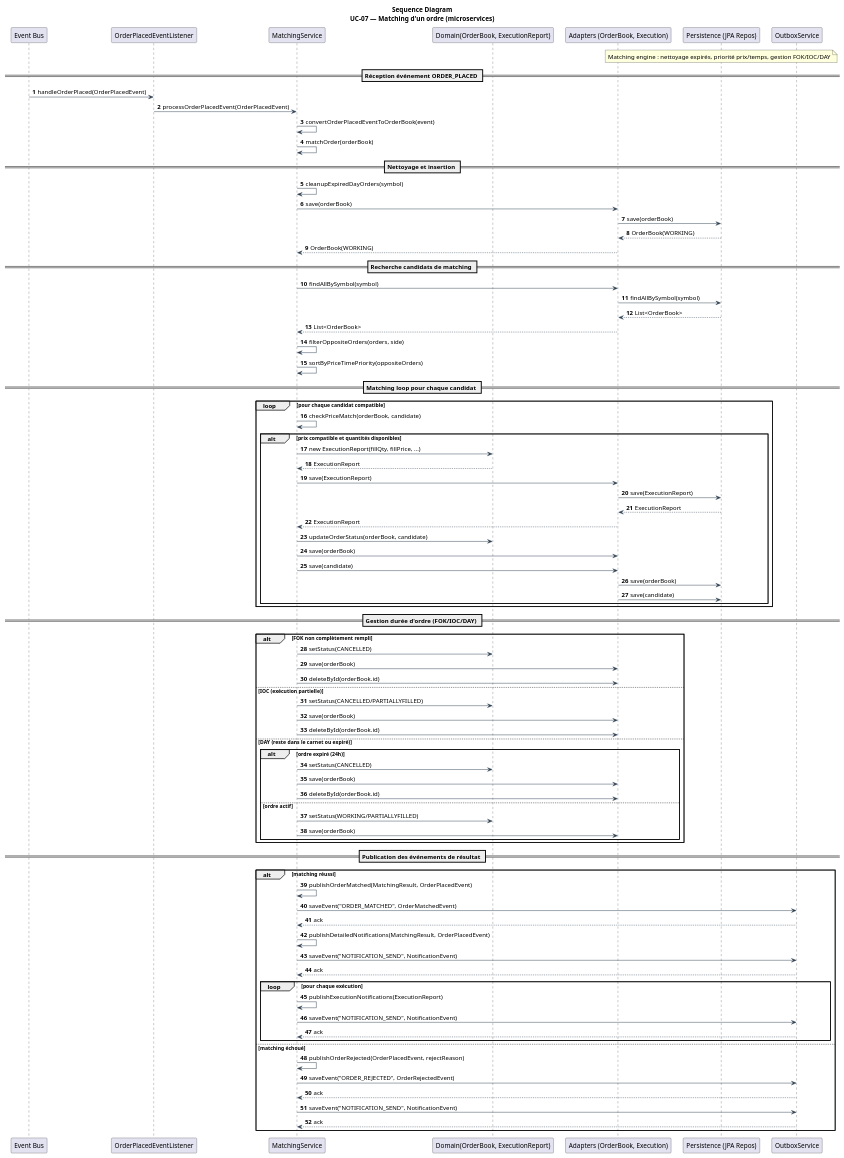
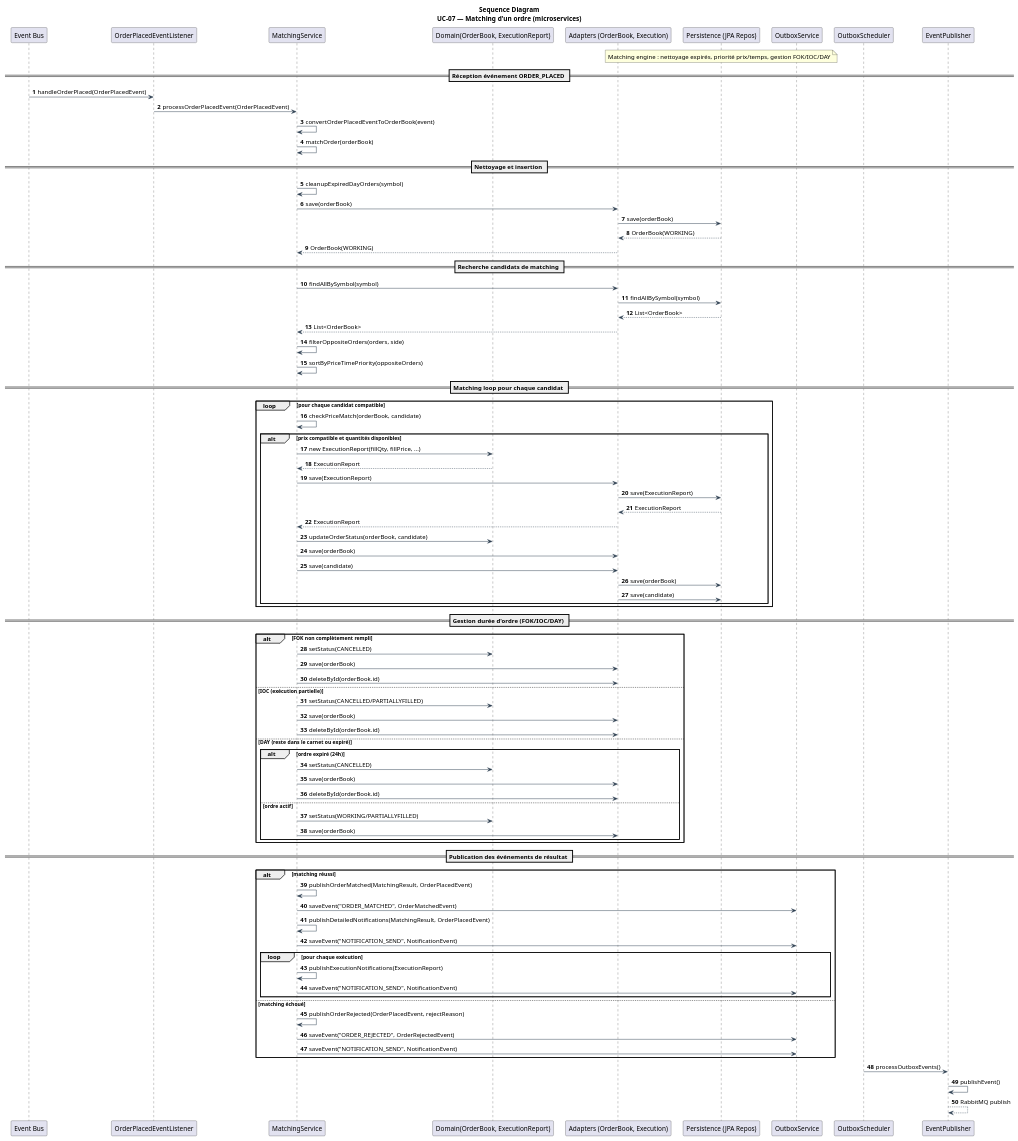
One commit to Hugo-12341234/BrokerX_MicroServices changed the diagram in docs/architecture/4+1/processView/sequenceDiagrams/sequenceDiagramUC07.puml. Above: the diagram before and after it, drawn with PlantUML. The commit also changed 2 other files, not shown here.

Commit message:
UC07 sequence diagram done, UC04 verification

```diff
--- a/docs/architecture/4+1/processView/sequenceDiagrams/sequenceDiagramUC07.puml
+++ b/docs/architecture/4+1/processView/sequenceDiagrams/sequenceDiagramUC07.puml
@@ -1,113 +1,114 @@
 @startuml
 ' UC-07 — Matching d'un ordre (BrokerX)
 
 title Sequence Diagram\nUC-07 — Matching d'un ordre (microservices)
 
 skinparam ParticipantPadding 8
 skinparam BoxPadding 6
 skinparam Shadowing false
 skinparam ArrowColor #2c3e50
 skinparam ActorStyle awesome
 autonumber
 
 participant "Event Bus" as EventBus
 participant "OrderPlacedEventListener" as Listener
 participant "MatchingService" as Service
 participant "Domain(OrderBook, ExecutionReport)" as Domain
 participant "Adapters (OrderBook, Execution)" as Adapters
 participant "Persistence (JPA Repos)" as Persistence
 participant "OutboxService" as Outbox
+participant "OutboxScheduler" as Scheduler
+participant "EventPublisher" as Publisher
 
 note over Persistence
 Matching engine : nettoyage expirés, priorité prix/temps, gestion FOK/IOC/DAY
 end note
 
 == Réception événement ORDER_PLACED ==
 EventBus -> Listener: handleOrderPlaced(OrderPlacedEvent)
 Listener -> Service: processOrderPlacedEvent(OrderPlacedEvent)
 
 Service -> Service: convertOrderPlacedEventToOrderBook(event)
 Service -> Service: matchOrder(orderBook)
 
 == Nettoyage et insertion ==
 Service -> Service: cleanupExpiredDayOrders(symbol)
 Service -> Adapters: save(orderBook)
 Adapters -> Persistence: save(orderBook)
 Persistence --> Adapters: OrderBook(WORKING)
 Adapters --> Service: OrderBook(WORKING)
 
 == Recherche candidats de matching ==
 Service -> Adapters: findAllBySymbol(symbol)
 Adapters -> Persistence: findAllBySymbol(symbol)
 Persistence --> Adapters: List<OrderBook>
 Adapters --> Service: List<OrderBook>
 
 Service -> Service: filterOppositeOrders(orders, side)
 Service -> Service: sortByPriceTimePriority(oppositeOrders)
 
 == Matching loop pour chaque candidat ==
 loop pour chaque candidat compatible
     Service -> Service: checkPriceMatch(orderBook, candidate)
 
     alt prix compatible et quantités disponibles
         Service -> Domain: new ExecutionReport(fillQty, fillPrice, ...)
         Domain --> Service: ExecutionReport
 
         Service -> Adapters: save(ExecutionReport)
         Adapters -> Persistence: save(ExecutionReport)
         Persistence --> Adapters: ExecutionReport
         Adapters --> Service: ExecutionReport
 
         Service -> Domain: updateOrderStatus(orderBook, candidate)
         Service -> Adapters: save(orderBook)
         Service -> Adapters: save(candidate)
         Adapters -> Persistence: save(orderBook)
         Adapters -> Persistence: save(candidate)
     end
 end
 
 == Gestion durée d'ordre (FOK/IOC/DAY) ==
 alt FOK non complètement rempli
     Service -> Domain: setStatus(CANCELLED)
     Service -> Adapters: save(orderBook)
     Service -> Adapters: deleteById(orderBook.id)
 else IOC (exécution partielle)
     Service -> Domain: setStatus(CANCELLED/PARTIALLYFILLED)
     Service -> Adapters: save(orderBook)
     Service -> Adapters: deleteById(orderBook.id)
 else DAY (reste dans le carnet ou expiré)
     alt ordre expiré (24h)
         Service -> Domain: setStatus(CANCELLED)
         Service -> Adapters: save(orderBook)
         Service -> Adapters: deleteById(orderBook.id)
     else ordre actif
         Service -> Domain: setStatus(WORKING/PARTIALLYFILLED)
         Service -> Adapters: save(orderBook)
     end
 end
 
 == Publication des événements de résultat ==
 alt matching réussi
     Service -> Service: publishOrderMatched(MatchingResult, OrderPlacedEvent)
     Service -> Outbox: saveEvent("ORDER_MATCHED", OrderMatchedEvent)
-    Outbox --> Service: ack
 
     Service -> Service: publishDetailedNotifications(MatchingResult, OrderPlacedEvent)
     Service -> Outbox: saveEvent("NOTIFICATION_SEND", NotificationEvent)
-    Outbox --> Service: ack
 
     loop pour chaque exécution
         Service -> Service: publishExecutionNotifications(ExecutionReport)
         Service -> Outbox: saveEvent("NOTIFICATION_SEND", NotificationEvent)
-        Outbox --> Service: ack
     end
 else matching échoué
     Service -> Service: publishOrderRejected(OrderPlacedEvent, rejectReason)
     Service -> Outbox: saveEvent("ORDER_REJECTED", OrderRejectedEvent)
-    Outbox --> Service: ack
 
     Service -> Outbox: saveEvent("NOTIFICATION_SEND", NotificationEvent)
-    Outbox --> Service: ack
 end
 
+Scheduler -> Publisher: processOutboxEvents()
+Publisher -> Publisher: publishEvent()
+Publisher --> Publisher: RabbitMQ publish
+
 @enduml
```
